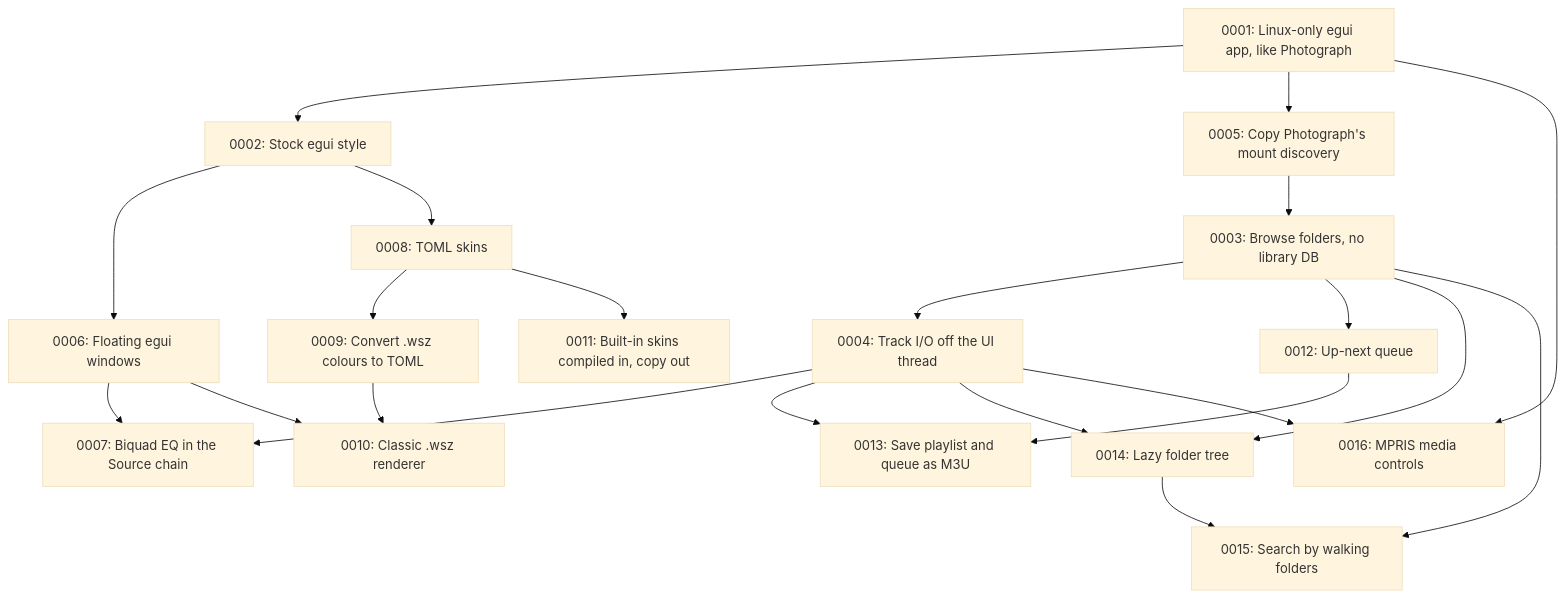
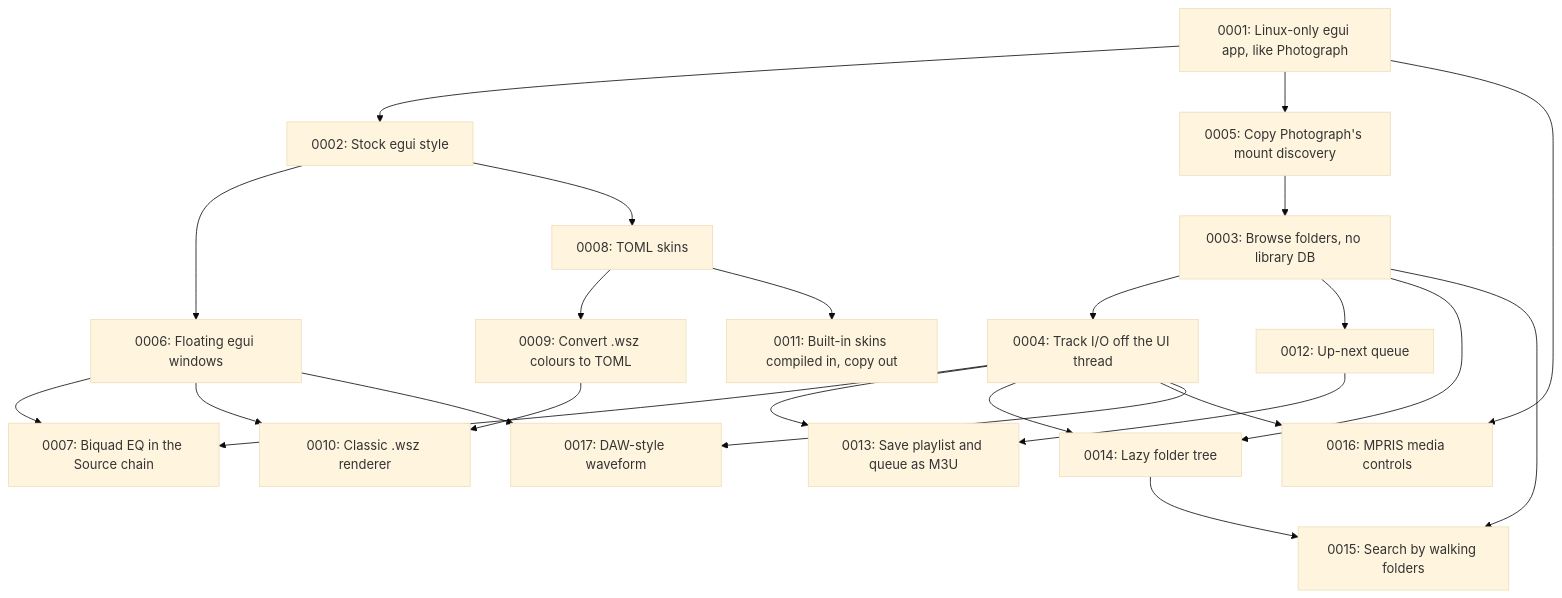
Before and after one commit to divanvisagie/UnAmp: the diagram in docs/adr/README.md, drawn with Mermaid (base theme). The commit also changed other lines of this file and 6 other files, not shown here.

First line of the commit message:
Replace the oscilloscope with a DAW-style whole-track waveform

````diff
--- a/docs/adr/README.md
+++ b/docs/adr/README.md
@@ -62,24 +63,26 @@
 ```mermaid
 flowchart TD
     A[0001: Linux-only egui app, like Photograph] --> B[0002: Stock egui style]
     A --> E[0005: Copy Photograph's mount discovery]
     C[0003: Browse folders, no library DB] --> D[0004: Track I/O off the UI thread]
     E --> C
     B --> F[0006: Floating egui windows]
     D --> G[0007: Biquad EQ in the Source chain]
     F --> G
     B --> H[0008: TOML skins]
     H --> I[0009: Convert .wsz colours to TOML]
     I --> J[0010: Classic .wsz renderer]
     F --> J
     H --> K[0011: Built-in skins compiled in, copy out]
     C --> L[0012: Up-next queue]
     L --> M[0013: Save playlist and queue as M3U]
     D --> M
     C --> N[0014: Lazy folder tree]
     D --> N
     C --> O[0015: Search by walking folders]
     N --> O
     A --> P[0016: MPRIS media controls]
     D --> P
+    F --> Q[0017: DAW-style waveform]
+    D --> Q
 ```
````
